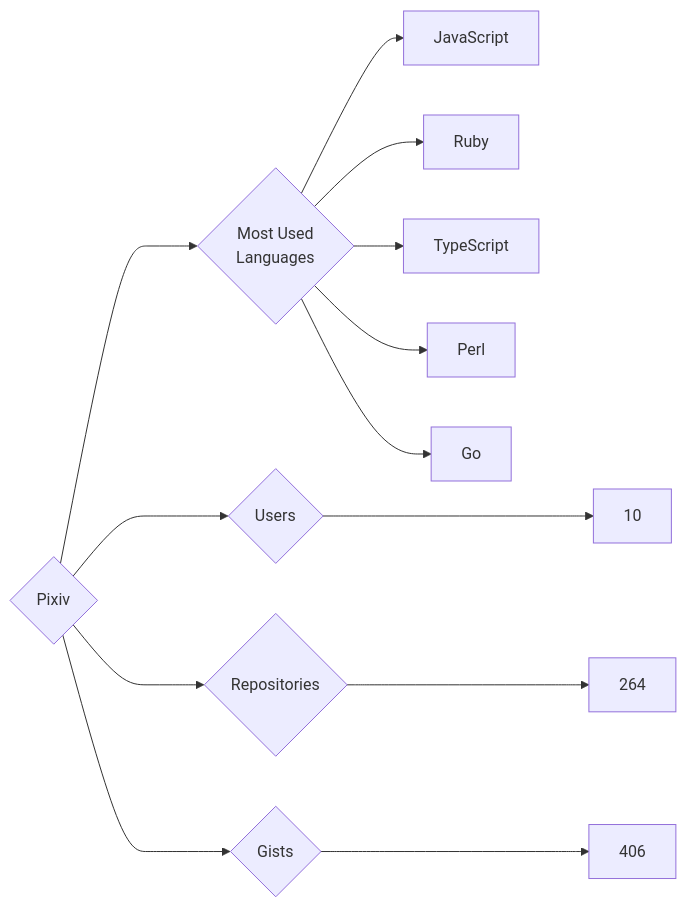
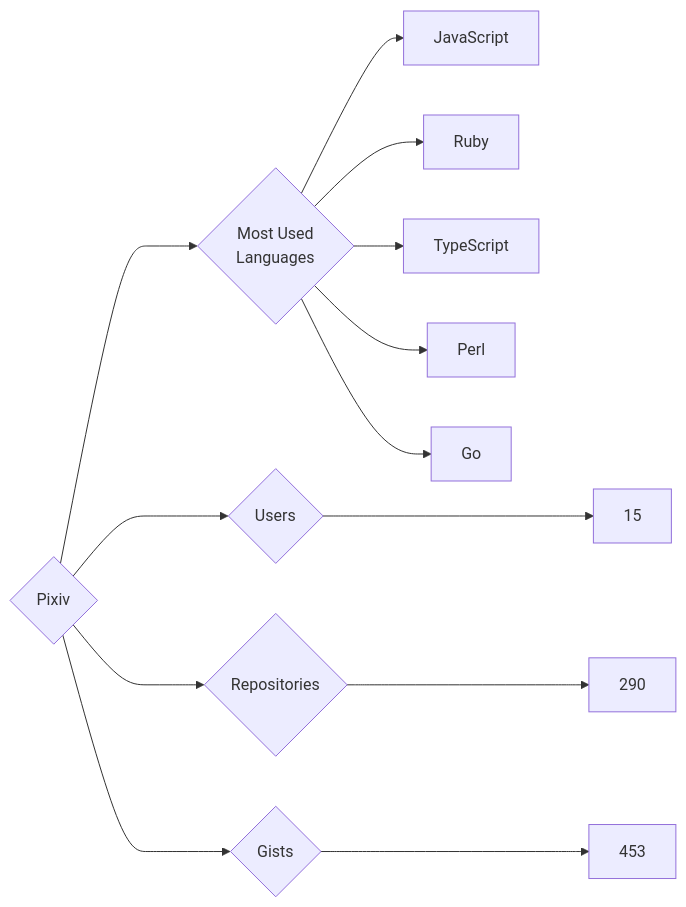
Before and after one commit to trickest/insiders: the diagram in targets/Pixiv/README.md, drawn with Mermaid. The commit also changed 839 other files, not shown here.

````diff
--- a/targets/Pixiv/README.md
+++ b/targets/Pixiv/README.md
@@ -3,13 +3,13 @@
 ```mermaid
 graph LR
 COMPANY_NAME{Pixiv}
-COMPANY_NAME ---> U{Users} ---> UN[10]
-COMPANY_NAME ---> R{Repositories} ---> RN[264]
-COMPANY_NAME ---> G{Gists} ---> GN[406]
+COMPANY_NAME ---> U{Users} ---> UN[15]
+COMPANY_NAME ---> R{Repositories} ---> RN[290]
+COMPANY_NAME ---> G{Gists} ---> GN[453]
 COMPANY_NAME ---> ML{Most Used<br>Languages}
 ML --> JavaScript[JavaScript]
 ML --> Ruby[Ruby]
 ML --> TypeScript[TypeScript]
 ML --> Perl[Perl]
 ML --> Go[Go]
 ```
````
